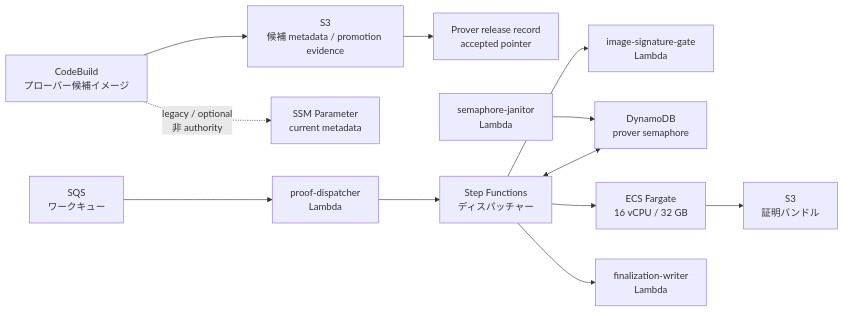
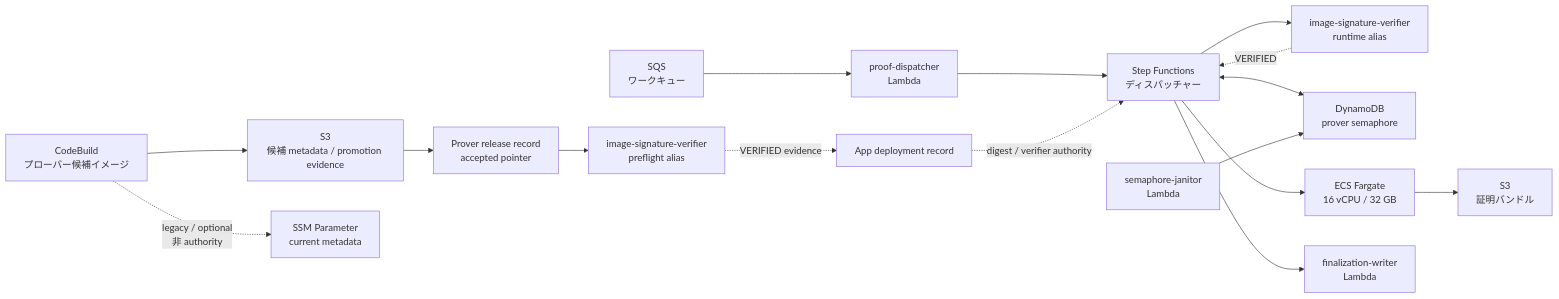
One commit to hwatanabe-jp/stark-ballot-simulator-public changed the second of 4 diagrams in public-book/src/aws/topology.md. Above: the diagram before and after it, drawn with Mermaid. The commit also changed other lines of this file and 389 other files, not shown here.

````diff
--- a/public-book/src/aws/topology.md
+++ b/public-book/src/aws/topology.md
@@ -89,14 +97,18 @@
 ```mermaid
 flowchart LR
   CODEBUILD["CodeBuild<br/>プローバー候補イメージ"] --> META["S3<br/>候補 metadata / promotion evidence"]
   CODEBUILD -. legacy / optional<br/>非 authority .-> SSM["SSM Parameter<br/>current metadata"]
   META --> RECORD["Prover release record<br/>accepted pointer"]
+  RECORD --> PREFLIGHT["image-signature-verifier<br/>preflight alias"]
+  PREFLIGHT -. VERIFIED evidence .-> APP["App deployment record"]
   SQS["SQS<br/>ワークキュー"] --> DP["proof-dispatcher<br/>Lambda"]
   DP --> SFN["Step Functions<br/>ディスパッチャー"]
-  SFN --> SIG["image-signature-gate<br/>Lambda"]
+  APP -. digest / verifier authority .-> SFN
+  SFN --> SIG["image-signature-verifier<br/>runtime alias"]
+  SIG -. VERIFIED .-> SFN
   SFN <--> SEM["DynamoDB<br/>prover semaphore"]
   JANITOR["semaphore-janitor<br/>Lambda"] --> SEM
   SFN --> ECS["ECS Fargate<br/>16 vCPU / 32 GB"]
   SFN --> CALLBACK["finalization-writer<br/>Lambda"]
   ECS --> S3["S3<br/>証明バンドル"]
 ```
````
